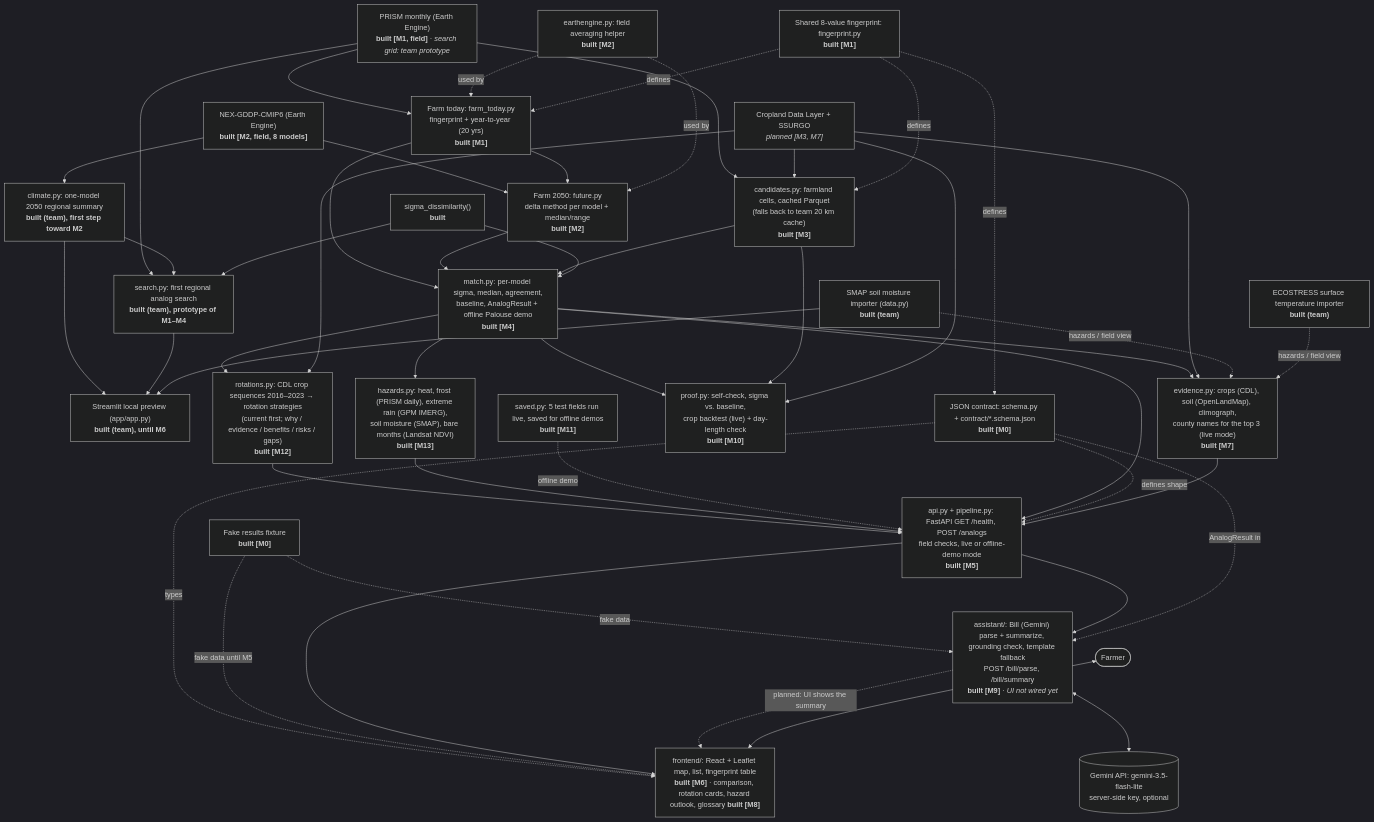
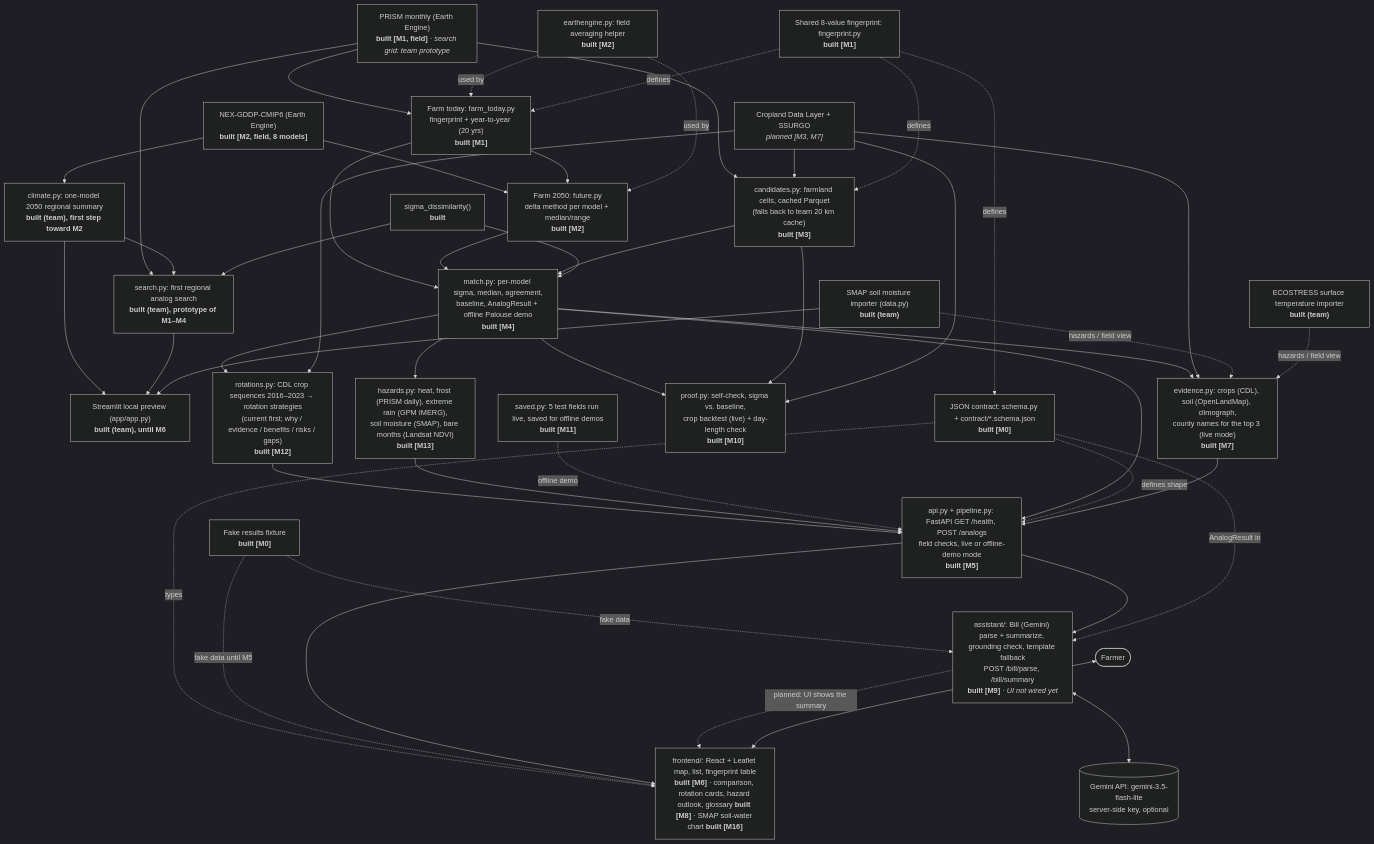
One commit to trafwel/farm-analog changed the diagram in docs/ARCHITECTURE.md. Above: the diagram before and after it, drawn with Mermaid (dark theme). The commit also changed other lines of this file and 9 other files, not shown here.

First line of the commit message:
M16: Show SMAP soil moisture in the comparison panel

````diff
--- a/docs/ARCHITECTURE.md
+++ b/docs/ARCHITECTURE.md
@@ -7,79 +7,79 @@
 ```mermaid
 flowchart TD
     PRISM["PRISM monthly (Earth Engine)<br/><b>built [M1, field]</b> · <i>search grid: team prototype</i>"]
     CMIP["NEX-GDDP-CMIP6 (Earth Engine)<br/><b>built [M2, field, 8 models]</b>"]
     CDL["Cropland Data Layer + SSURGO<br/><i>planned [M3, M7]</i>"]
     SMAP["SMAP soil moisture importer (data.py)<br/><b>built (team)</b>"]
     ECO["ECOSTRESS surface temperature importer<br/><b>built (team)</b>"]
     CLIM["climate.py: one-model 2050 regional summary<br/><b>built (team), first step toward M2</b>"]
     PREVIEW["Streamlit local preview (app/app.py)<br/><b>built (team), until M6</b>"]
     SEARCH["search.py: first regional analog search<br/><b>built (team), prototype of M1–M4</b>"]
 
     FT["Farm today: farm_today.py<br/>fingerprint + year-to-year (20 yrs)<br/><b>built [M1]</b>"]
     FPRINT["Shared 8-value fingerprint: fingerprint.py<br/><b>built [M1]</b>"]
     F50["Farm 2050: future.py<br/>delta method per model + median/range<br/><b>built [M2]</b>"]
     EEH["earthengine.py: field averaging helper<br/><b>built [M2]</b>"]
     CAND["candidates.py: farmland cells, cached Parquet<br/>(falls back to team 20 km cache)<br/><b>built [M3]</b>"]
     SIGMA["sigma_dissimilarity()<br/><b>built</b>"]
     MATCH["match.py: per-model sigma, median, agreement,<br/>baseline, AnalogResult + offline Palouse demo<br/><b>built [M4]</b>"]
     SAVED["saved.py: 5 test fields run live, saved for offline demos<br/><b>built [M11]</b>"]
     ROT["rotations.py: CDL crop sequences 2016–2023 → rotation strategies<br/>(current first; why / evidence / benefits / risks / gaps)<br/><b>built [M12]</b>"]
     HAZ["hazards.py: heat, frost (PRISM daily), extreme rain (GPM IMERG),<br/>soil moisture (SMAP), bare months (Landsat NDVI)<br/><b>built [M13]</b>"]
     PROOF["proof.py: self-check, sigma vs. baseline,<br/>crop backtest (live) + day-length check<br/><b>built [M10]</b>"]
     EVID["evidence.py: crops (CDL), soil (OpenLandMap), climograph,<br/>county names for the top 3 (live mode)<br/><b>built [M7]</b>"]
 
     CONTRACT["JSON contract: schema.py + contract/*.schema.json<br/><b>built [M0]</b>"]
     FIX["Fake results fixture<br/><b>built [M0]</b>"]
     API["api.py + pipeline.py: FastAPI GET /health, POST /analogs<br/>field checks, live or offline-demo mode<br/><b>built [M5]</b>"]
-    UI["frontend/: React + Leaflet map, list, fingerprint table<br/><b>built [M6]</b> · comparison, rotation cards, hazard outlook, glossary <b>built [M8]</b>"]
+    UI["frontend/: React + Leaflet map, list, fingerprint table<br/><b>built [M6]</b> · comparison, rotation cards, hazard outlook, glossary <b>built [M8]</b> · SMAP soil-water chart <b>built [M16]</b>"]
     BILL["assistant/: Bill (Gemini) parse + summarize, grounding check, template fallback<br/>POST /bill/parse, /bill/summary<br/><b>built [M9]</b> · <i>UI not wired yet</i>"]
     GEMINI[("Gemini API: gemini-3.5-flash-lite<br/>server-side key, optional")]
     FARMER(["Farmer"])
 
     PRISM --> FT
     PRISM --> CAND
     CMIP --> F50
     FT --> F50
     CDL --> CAND
     FT --> MATCH
     F50 --> MATCH
     CAND --> MATCH
     SIGMA --> MATCH
     MATCH --> EVID
     MATCH --> PROOF
     MATCH --> ROT
     CDL --> ROT
     MATCH --> HAZ
     ROT --> API
     HAZ --> API
     SAVED -. offline demo .-> API
     CAND --> PROOF
     CDL --> PROOF
     CDL --> EVID
     MATCH --> API
     EEH -. used by .-> FT
     EEH -. used by .-> F50
     FPRINT -. defines .-> FT
     FPRINT -. defines .-> CAND
     FPRINT -. defines .-> CONTRACT
     CMIP --> CLIM
     CLIM --> PREVIEW
     PRISM --> SEARCH
     CLIM --> SEARCH
     SIGMA --> SEARCH
     SEARCH --> PREVIEW
     SMAP --> PREVIEW
     SMAP -. hazards / field view .-> EVID
     ECO -. hazards / field view .-> EVID
     CONTRACT -. defines shape .-> API
     CONTRACT -. types .-> UI
     FIX -. fake data until M5 .-> UI
     FIX -. fake data .-> BILL
     EVID --> API
     API --> UI
     API --> BILL
     BILL -. planned: UI shows the summary .-> UI
     BILL <--> GEMINI
     CONTRACT -. AnalogResult in .-> BILL
     FARMER <--> UI
 ```
````
